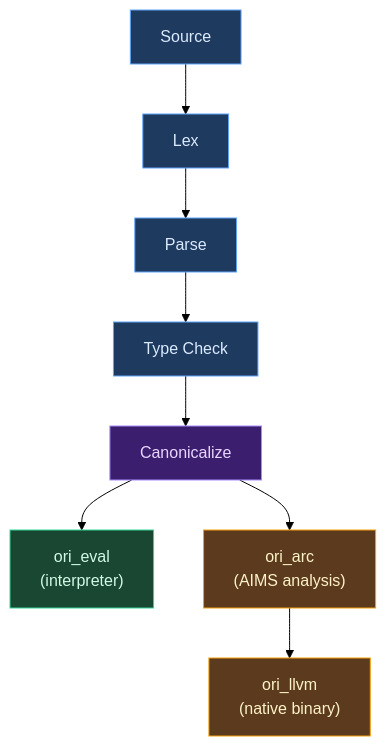
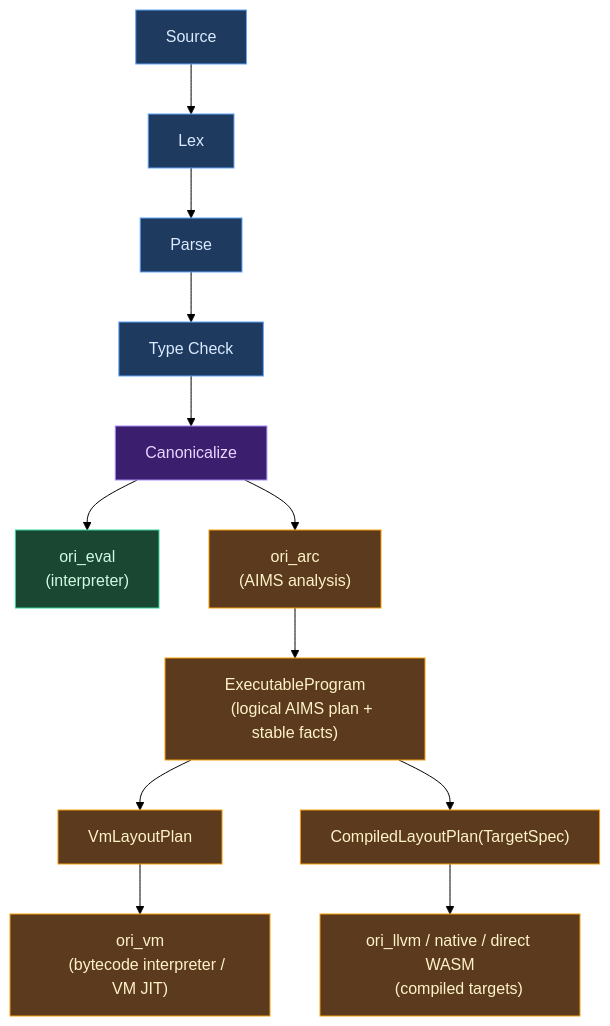
The first of 3 diagrams in docs/compiler/design/01-architecture/index.md (upstat-io/ori-lang), drawn with Mermaid (forest theme) before and after one commit. The commit also changed other lines of this file and 686 other files, not shown here.

````diff
--- a/docs/compiler/design/01-architecture/index.md
+++ b/docs/compiler/design/01-architecture/index.md
@@ -91,23 +91,29 @@
 ```mermaid
 flowchart TB
     A["Source"] --> B["Lex"]
     B --> C["Parse"]
     C --> D["Type Check"]
     D --> E["Canonicalize"]
     E --> F["ori_eval
     (interpreter)"]
     E --> G["ori_arc
     (AIMS analysis)"]
-    G --> H["ori_llvm
-    (native binary)"]
+    G --> H["ExecutableProgram
+    (logical AIMS plan + stable facts)"]
+    H --> VP["VmLayoutPlan"]
+    H --> CP["CompiledLayoutPlan(TargetSpec)"]
+    VP --> I["ori_vm
+    (bytecode interpreter / VM JIT)"]
+    CP --> J["ori_llvm / native / direct WASM
+    (compiled targets)"]
 
     classDef frontend fill:#1e3a5f,stroke:#60a5fa,color:#dbeafe
     classDef canon fill:#3b1f6e,stroke:#a78bfa,color:#e9d5ff
     classDef interpreter fill:#1a4731,stroke:#34d399,color:#d1fae5
     classDef native fill:#5c3a1e,stroke:#f59e0b,color:#fef3c7
 
     class A,B,C,D frontend
     class E canon
     class F interpreter
-    class G,H native
+    class G,H,VP,CP,I,J native
 ```
````
